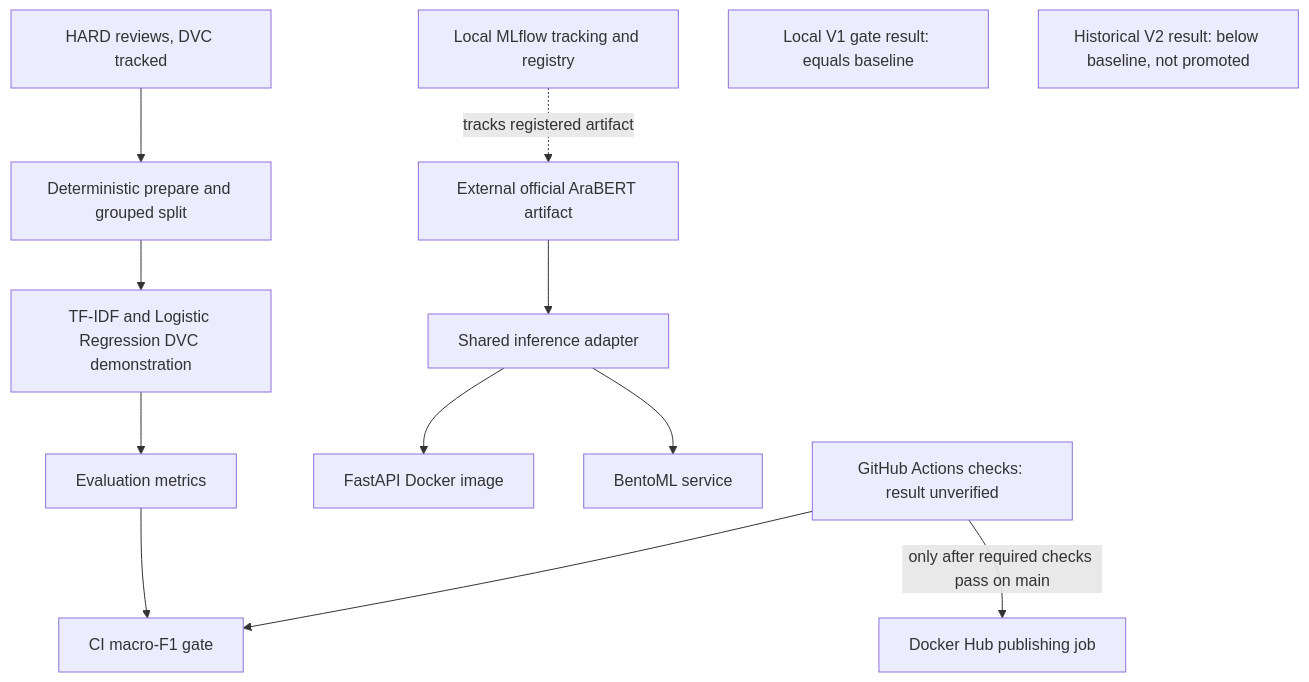
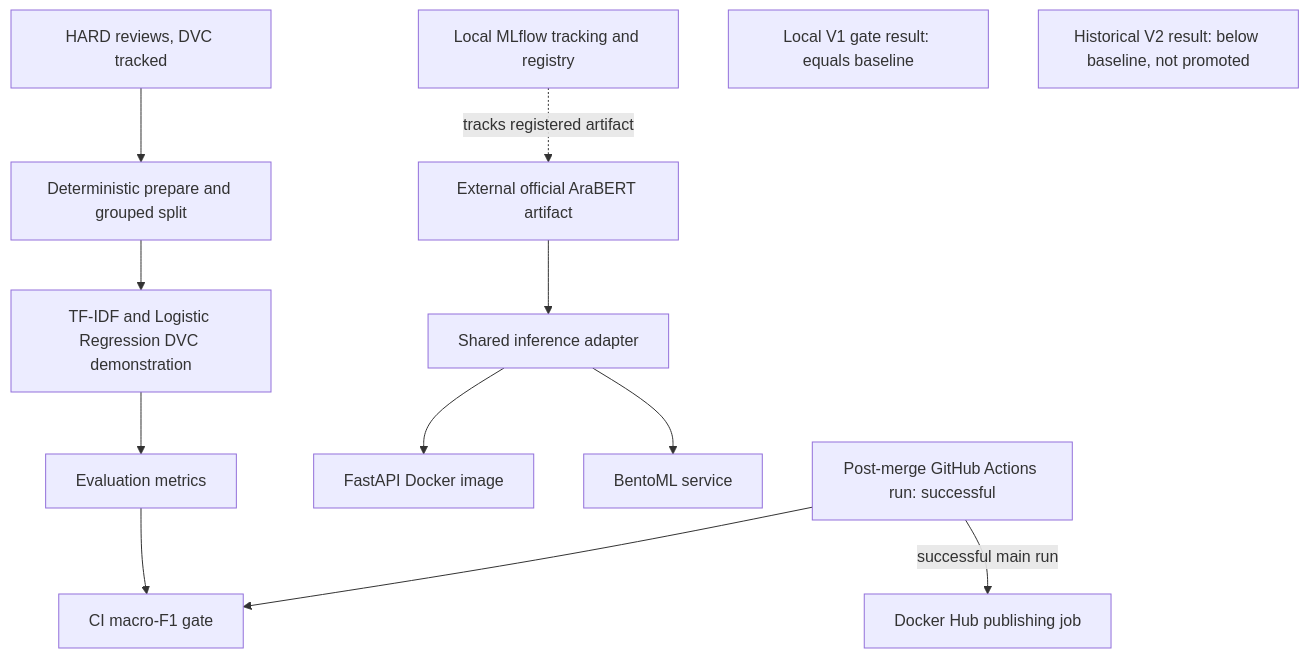
Before and after one commit to m73hashem/arabic-sentiment-mlops: the diagram in README.md, drawn with Mermaid. The commit also changed other lines of this file, not shown here.

Commit message:
docs: update verified CI and Docker publishing status

````diff
--- a/README.md
+++ b/README.md
@@ -266,15 +268,15 @@
 ```mermaid
 flowchart TD
     RAW[HARD reviews, DVC tracked] --> PREP[Deterministic prepare and grouped split]
     PREP --> LIGHT[TF-IDF and Logistic Regression DVC demonstration]
     LIGHT --> EVAL[Evaluation metrics]
     EVAL --> GATE[CI macro-F1 gate]
     OFFICIAL[External official AraBERT artifact] --> SHARED[Shared inference adapter]
     SHARED --> API[FastAPI Docker image]
     SHARED --> BENTO[BentoML service]
     MLflow[Local MLflow tracking and registry] -. tracks registered artifact .-> OFFICIAL
-    CI[GitHub Actions checks: result unverified] --> GATE
+    CI[Post-merge GitHub Actions run: successful] --> GATE
     LOCAL[Local V1 gate result: equals baseline]
     REJECT[Historical V2 result: below baseline, not promoted]
-    CI -->|only after required checks pass on main| PUSH[Docker Hub publishing job]
+    CI -->|successful main run| PUSH[Docker Hub publishing job]
 ```
````
